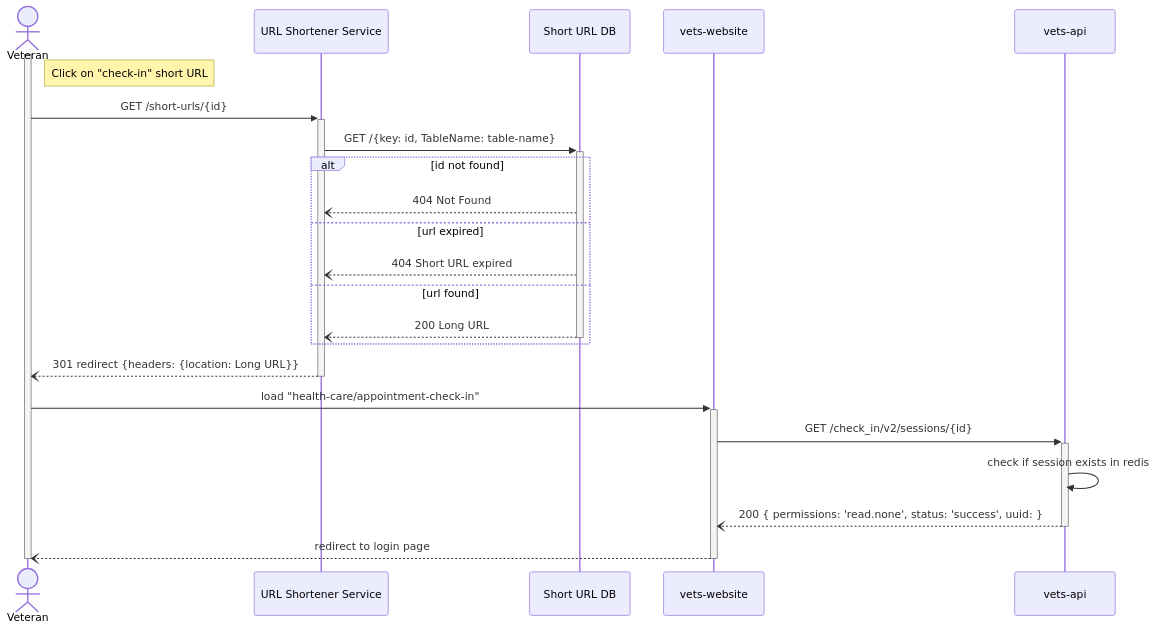
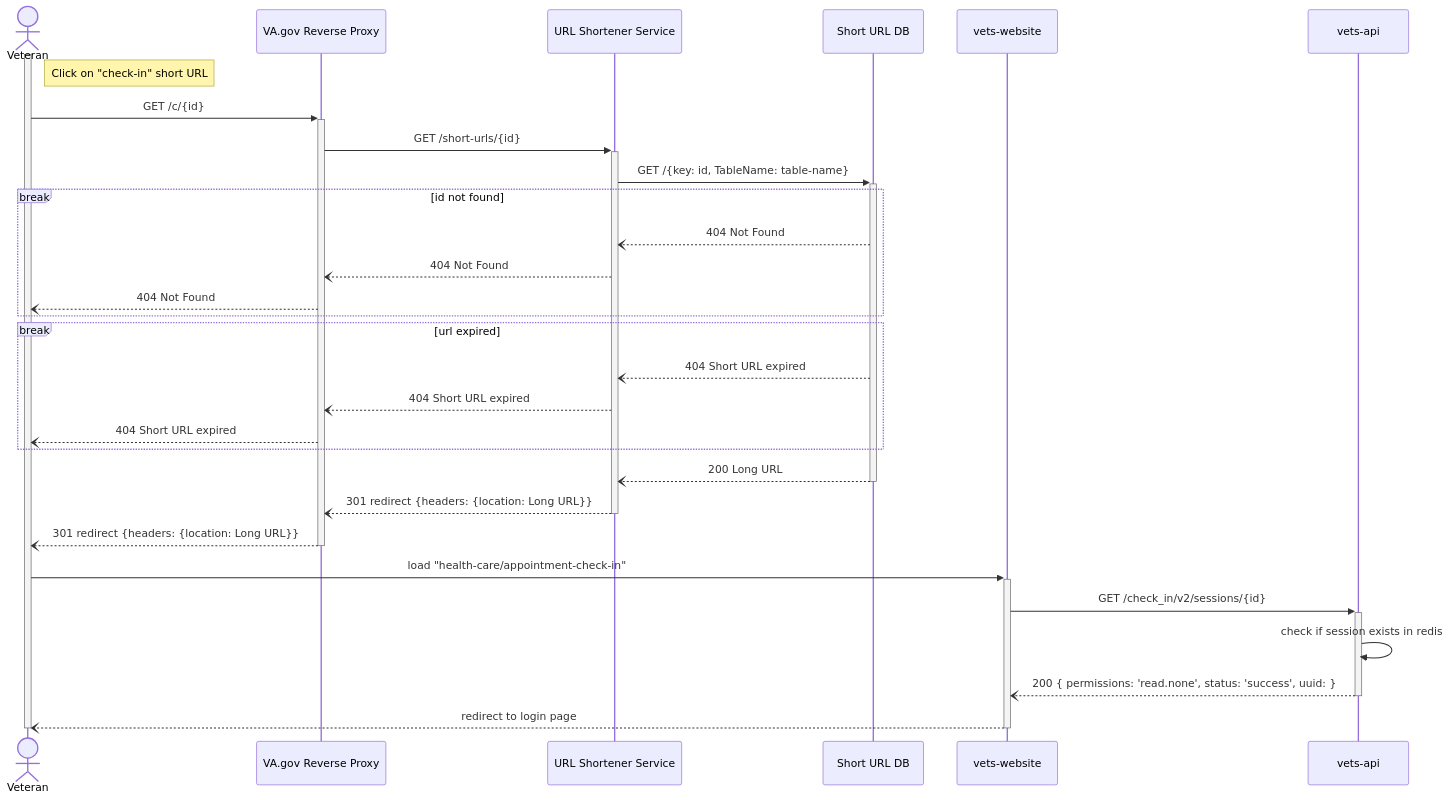
Before and after one commit to department-of-veterans-affairs/va.gov-team: the third of 5 diagrams in products/health-care/checkin/engineering/architecture-diagrams/sequenceDiagram_checkInExp.md, drawn with Mermaid.

````diff
--- a/products/health-care/checkin/engineering/architecture-diagrams/sequenceDiagram_checkInExp.md
+++ b/products/health-care/checkin/engineering/architecture-diagrams/sequenceDiagram_checkInExp.md
@@ -173,27 +173,34 @@
 ```mermaid
 sequenceDiagram
     actor vet as Veteran
+    participant var as VA.gov Reverse Proxy
     participant url as URL Shortener Service
     participant db as Short URL DB
     participant web as vets-website
     participant api as vets-api
 
     activate vet
     note right of vet: Click on "check-in" short URL
-    vet->>+url: GET /short-urls/{id}
+    vet->>+var: GET /c/{id}
+    var->>+url: GET /short-urls/{id}
     url->>+db: GET /{key: id, TableName: table-name}
-    alt id not found 
-        db--)url: 404 Not Found
-    else url expired
-        db--)url: 404 Short URL expired
-    else url found
-        db--)-url: 200 Long URL
+    break id not found 
+      db--)url: 404 Not Found
+      url--)var: 404 Not Found
+      var--)vet: 404 Not Found      
     end
-    url--)-vet: 301 redirect {headers: {location: Long URL}}
+    break url expired
+      db--)url: 404 Short URL expired
+      url--)var: 404 Short URL expired
+      var--)vet: 404 Short URL expired
+    end
+    db--)-url: 200 Long URL
+    url--)-var: 301 redirect {headers: {location: Long URL}}
+    var--)-vet: 301 redirect {headers: {location: Long URL}}
     vet->>+web: load "health-care/appointment-check-in"
     web->>+api: GET /check_in/v2/sessions/{id}
     api->>api: check if session exists in redis
     api--)-web: 200 { permissions: 'read.none', status: 'success', uuid: }
     web--)-vet: redirect to login page
     deactivate vet
 ```
````
